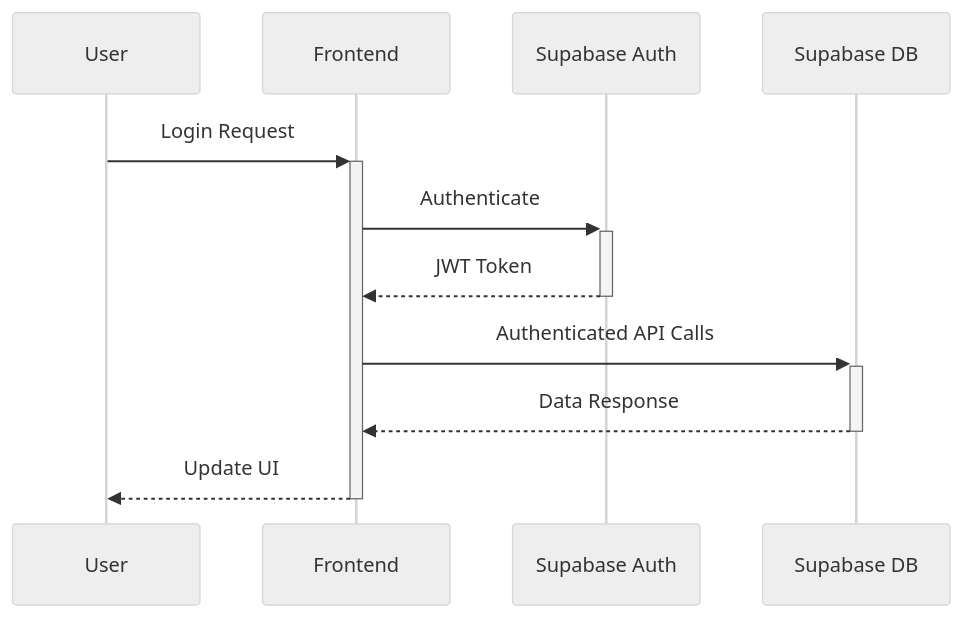
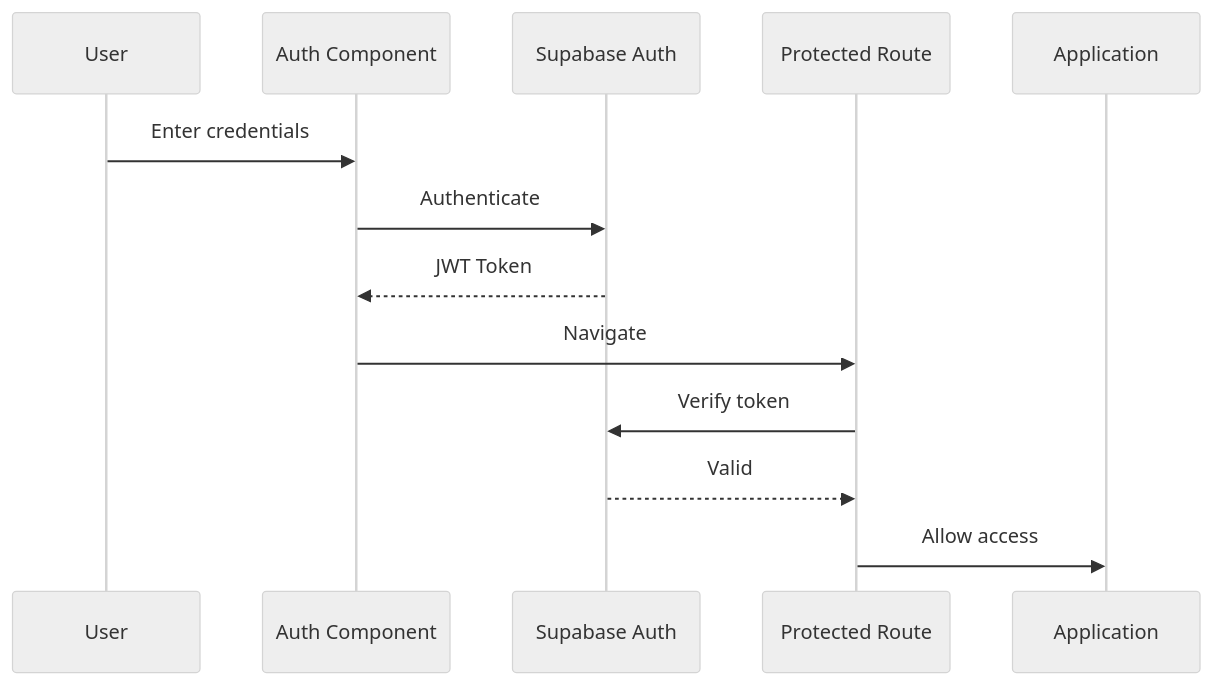
One commit to Barath-07-tech/codebase_doc changed the fifth of 5 diagrams in docs/architecture.md. Above: the diagram before and after it, drawn with Mermaid (neutral theme). The commit also changed other lines of this file and 5 other files, not shown here.

````diff
--- a/docs/architecture.md
+++ b/docs/architecture.md
@@ -51,9 +151,16 @@
 ```mermaid
 sequenceDiagram
-    User->>+Frontend: Login Request
-    Frontend->>+Supabase Auth: Authenticate
-    Supabase Auth-->>-Frontend: JWT Token
-    Frontend->>+Supabase DB: Authenticated API Calls
-    Supabase DB-->>-Frontend: Data Response
-    Frontend-->>-User: Update UI
+    participant User as User
+    participant Auth as Auth Component
+    participant Supabase as Supabase Auth
+    participant Protected as Protected Route
+    participant App as Application
+
+    User->>Auth: Enter credentials
+    Auth->>Supabase: Authenticate
+    Supabase-->>Auth: JWT Token
+    Auth->>Protected: Navigate
+    Protected->>Supabase: Verify token
+    Supabase-->>Protected: Valid
+    Protected->>App: Allow access
 ```
````
